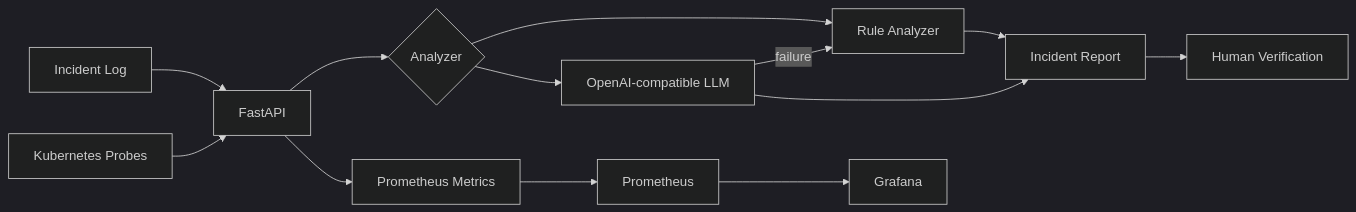
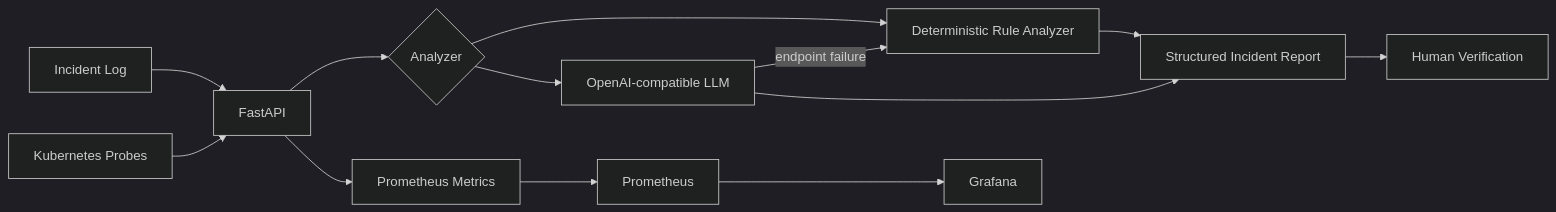
One commit to eunsu7997/eunsu-ai-infra-profile changed the diagram in incident-copilot/README.md. Above: the diagram before and after it, drawn with Mermaid (dark theme). The commit also changed other lines of this file, not shown here.

````diff
--- a/incident-copilot/README.md
+++ b/incident-copilot/README.md
@@ -16,15 +23,15 @@
 ```mermaid
 flowchart LR
  A[Incident Log] --> B[FastAPI]
  B --> C{Analyzer}
- C --> D[Rule Analyzer]
+ C --> D[Deterministic Rule Analyzer]
  C --> E[OpenAI-compatible LLM]
- E -->|failure| D
- D --> F[Incident Report]
+ E -->|endpoint failure| D
+ D --> F[Structured Incident Report]
  E --> F
  F --> G[Human Verification]
  B --> H[Prometheus Metrics]
  H --> I[Prometheus]
  I --> J[Grafana]
  K[Kubernetes Probes] --> B
 ```
````
